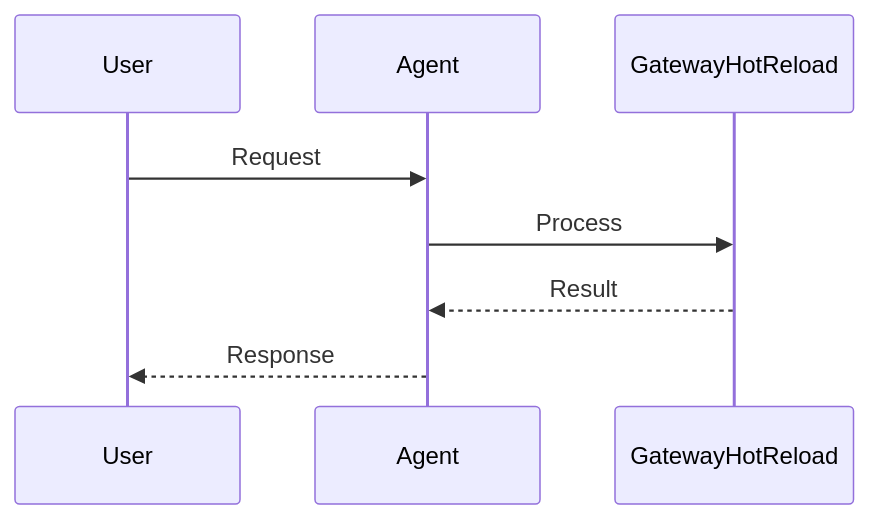
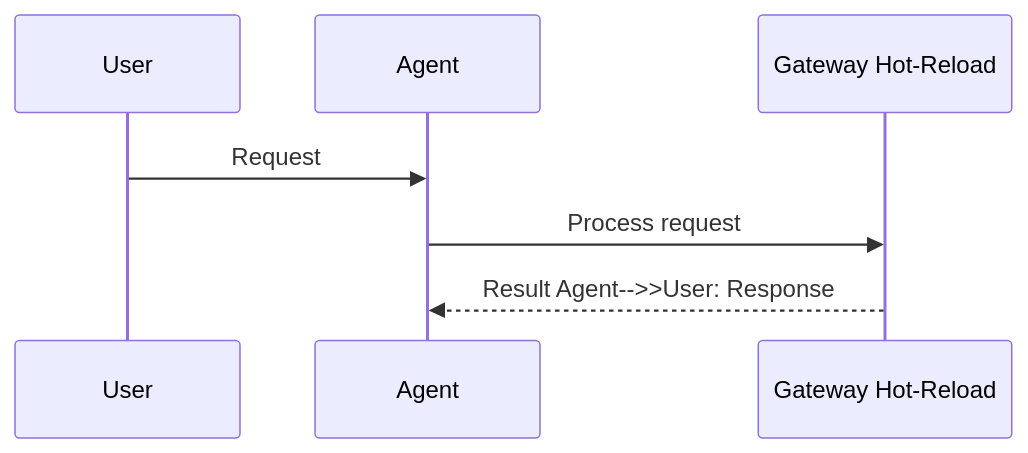
The second of 3 diagrams in docs/features/gateway-hot-reload.mdx (MervinPraison/PraisonAIDocs), drawn with Mermaid before and after one commit. The commit also changed 204 other files, not shown here.

First line of the commit message:
docs: align feature/tool pages with AGENTS.md hero + sequence + import standards (fixes #1775)

````diff
--- a/docs/features/gateway-hot-reload.mdx
+++ b/docs/features/gateway-hot-reload.mdx
@@ -62,11 +62,10 @@
 ```mermaid
 sequenceDiagram
     participant User
     participant Agent
-    participant GatewayHotReload
+    participant Feature as Gateway Hot-Reload
 
     User->>Agent: Request
-    Agent->>GatewayHotReload: Process
-    GatewayHotReload-->>Agent: Result
-    Agent-->>User: Response
+    Agent->>Feature: Process request
+    Feature-->>Agent: Result    Agent-->>User: Response
 ```
````
